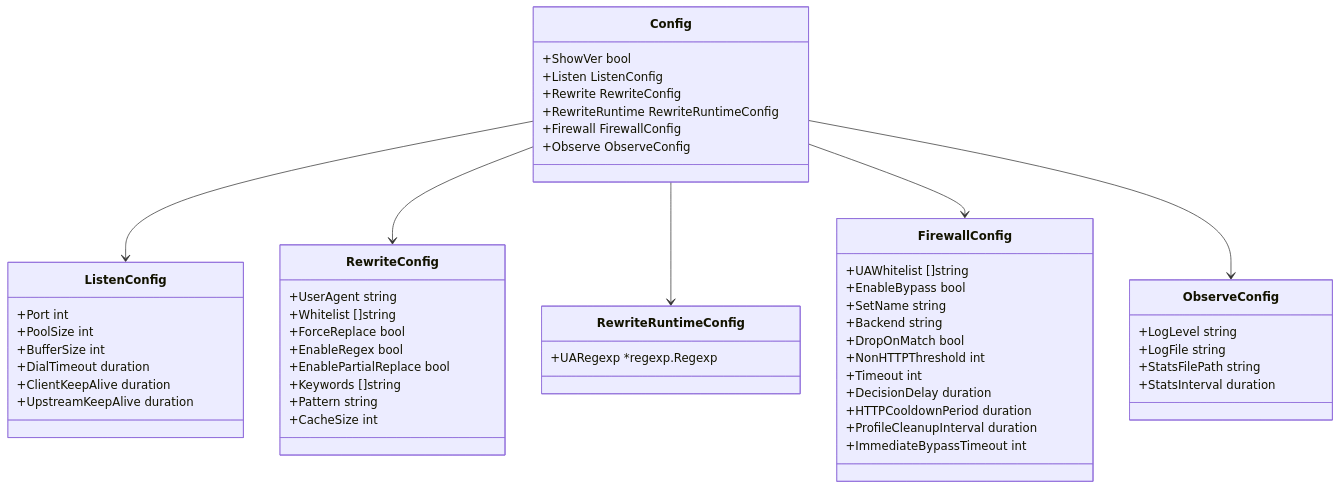
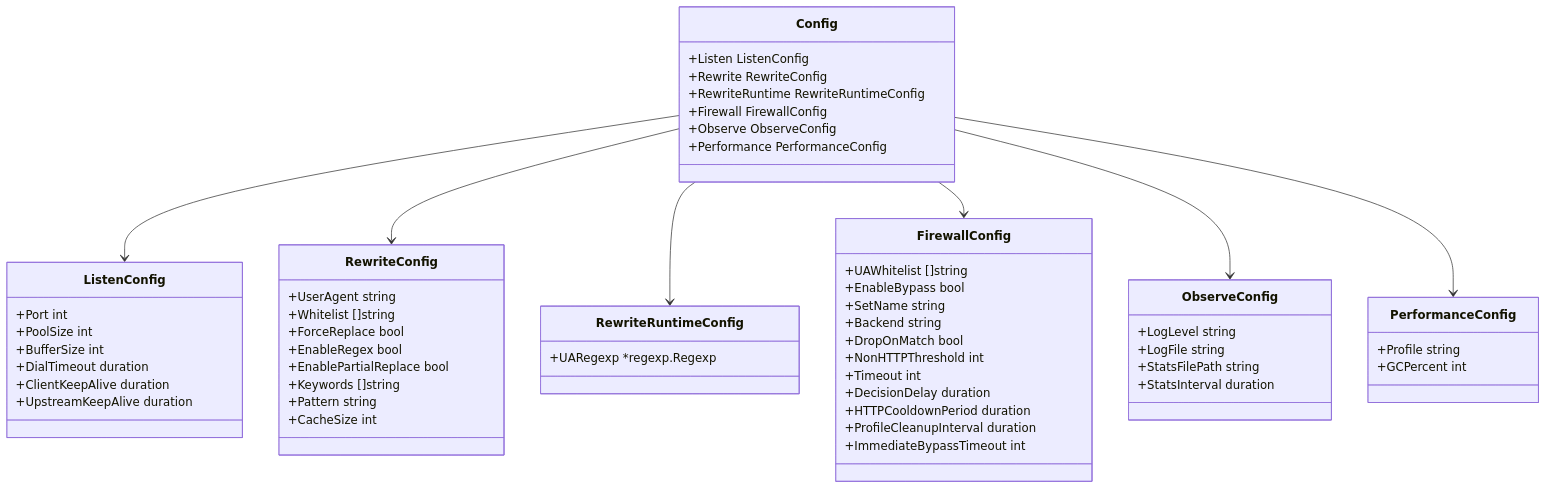
Before and after one commit to Zesuy/UA-Mask: the fourth of 15 diagrams in docs/architecture.md, drawn with Mermaid. The commit also changed other lines of this file and 17 other files, not shown here.

````diff
--- a/docs/architecture.md
+++ b/docs/architecture.md
@@ -176,62 +179,68 @@
 ```mermaid
 classDiagram
     class Config {
-        +ShowVer bool
         +Listen ListenConfig
         +Rewrite RewriteConfig
         +RewriteRuntime RewriteRuntimeConfig
         +Firewall FirewallConfig
         +Observe ObserveConfig
+        +Performance PerformanceConfig
     }
 
     class ListenConfig {
         +Port int
         +PoolSize int
         +BufferSize int
         +DialTimeout duration
         +ClientKeepAlive duration
         +UpstreamKeepAlive duration
     }
 
     class RewriteConfig {
         +UserAgent string
         +Whitelist []string
         +ForceReplace bool
         +EnableRegex bool
         +EnablePartialReplace bool
         +Keywords []string
         +Pattern string
         +CacheSize int
     }
 
     class RewriteRuntimeConfig {
         +UARegexp *regexp.Regexp
     }
 
     class FirewallConfig {
         +UAWhitelist []string
         +EnableBypass bool
         +SetName string
         +Backend string
         +DropOnMatch bool
         +NonHTTPThreshold int
         +Timeout int
         +DecisionDelay duration
         +HTTPCooldownPeriod duration
         +ProfileCleanupInterval duration
         +ImmediateBypassTimeout int
     }
 
     class ObserveConfig {
         +LogLevel string
         +LogFile string
         +StatsFilePath string
         +StatsInterval duration
     }
 
+    class PerformanceConfig {
+        +Profile string
+        +GCPercent int
+    }
+
     Config --> ListenConfig
     Config --> RewriteConfig
     Config --> RewriteRuntimeConfig
     Config --> FirewallConfig
     Config --> ObserveConfig
+    Config --> PerformanceConfig
 ```
````
